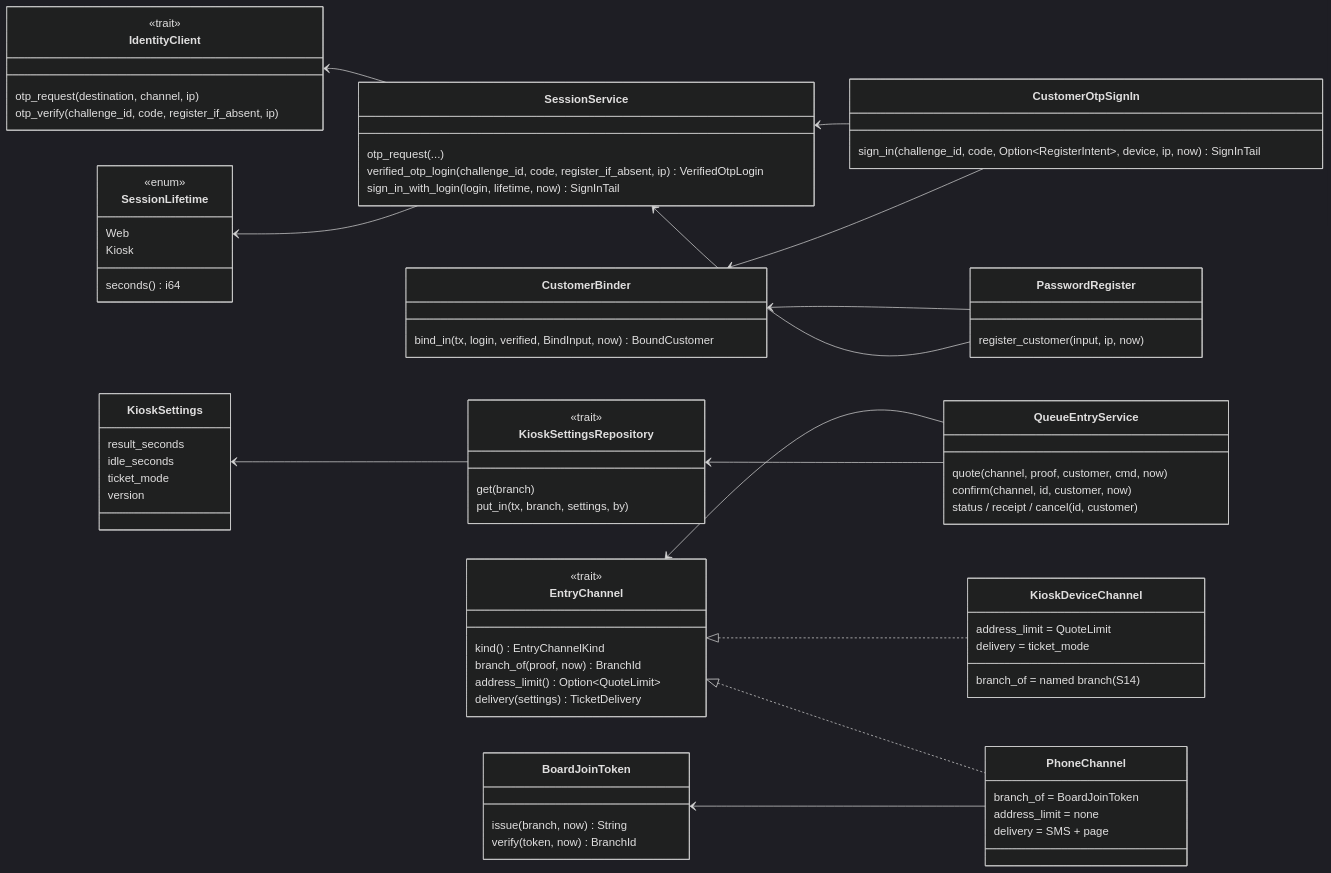
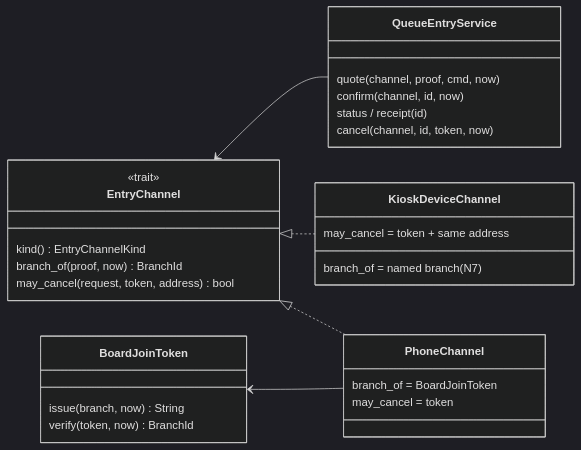
Before and after one commit to yuthstyle88/xchange-dev: the diagram in docs/design/blueprint/kiosk-shared-phone.md, drawn with Mermaid (dark theme). The commit also changed other lines of this file, not shown here.

First line of the commit message:
docs(design): kiosk-shared-phone §4 — rework for no customer login (owner: เลขคิว ไม่ต้อง login)

````diff
--- a/docs/design/blueprint/kiosk-shared-phone.md
+++ b/docs/design/blueprint/kiosk-shared-phone.md
@@ -159,78 +123,32 @@
 ```mermaid
 classDiagram
   direction LR
-  class IdentityClient {
-    <<trait>>
-    otp_request(destination, channel, ip)
-    otp_verify(challenge_id, code, register_if_absent, ip)
-  }
-  class SessionService {
-    otp_request(...)
-    verified_otp_login(challenge_id, code, register_if_absent, ip) VerifiedOtpLogin
-    sign_in_with_login(login, lifetime, now) SignInTail
-  }
-  class SessionLifetime {
-    <<enum>>
-    Web
-    Kiosk
-    seconds() i64
-  }
-  class CustomerBinder {
-    bind_in(tx, login, verified, BindInput, now) BoundCustomer
-  }
-  class CustomerOtpSignIn {
-    sign_in(challenge_id, code, Option~RegisterIntent~, device, ip, now) SignInTail
-  }
-  class PasswordRegister {
-    register_customer(input, ip, now)
-  }
   class QueueEntryService {
-    quote(channel, proof, customer, cmd, now)
-    confirm(channel, id, customer, now)
-    status / receipt / cancel(id, customer)
+    quote(channel, proof, cmd, now)
+    confirm(channel, id, now)
+    status / receipt(id)
+    cancel(channel, id, token, now)
   }
   class EntryChannel {
     <<trait>>
     kind() EntryChannelKind
     branch_of(proof, now) BranchId
-    address_limit() Option~QuoteLimit~
-    delivery(settings) TicketDelivery
+    may_cancel(request, token, address) bool
   }
   class KioskDeviceChannel {
-    branch_of = named branch (S14)
-    address_limit = QuoteLimit
-    delivery = ticket_mode
+    branch_of = named branch (N7)
+    may_cancel = token + same address
   }
   class PhoneChannel {
     branch_of = BoardJoinToken
-    address_limit = none
-    delivery = SMS + page
+    may_cancel = token
   }
   class BoardJoinToken {
     issue(branch, now) String
     verify(token, now) BranchId
   }
-  class KioskSettings {
-    result_seconds
-    idle_seconds
-    ticket_mode
-    version
-  }
-  class KioskSettingsRepository {
-    <<trait>>
-    get(branch)
-    put_in(tx, branch, settings, by)
-  }
-  IdentityClient <-- SessionService
-  SessionLifetime <-- SessionService
-  SessionService <-- CustomerOtpSignIn
-  CustomerBinder <-- CustomerOtpSignIn
-  CustomerBinder <-- PasswordRegister
-  SessionService <-- PasswordRegister
   EntryChannel <-- QueueEntryService
   EntryChannel <|.. KioskDeviceChannel
   EntryChannel <|.. PhoneChannel
   BoardJoinToken <-- PhoneChannel
-  KioskSettingsRepository <-- QueueEntryService
-  KioskSettings <-- KioskSettingsRepository
 ```
````
